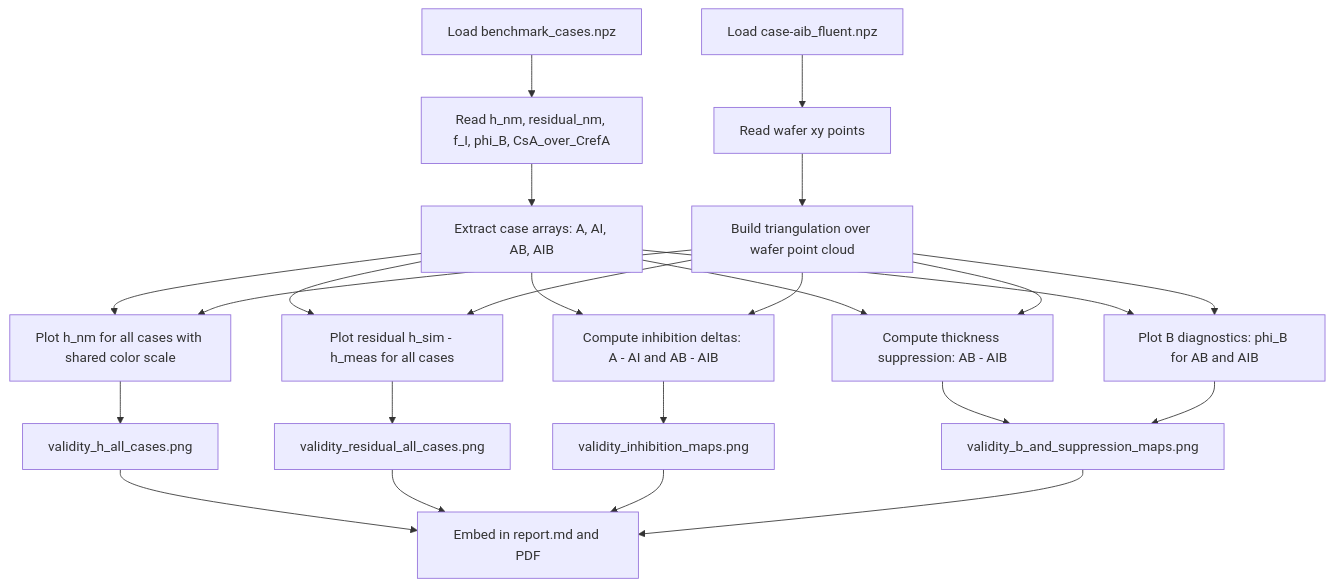
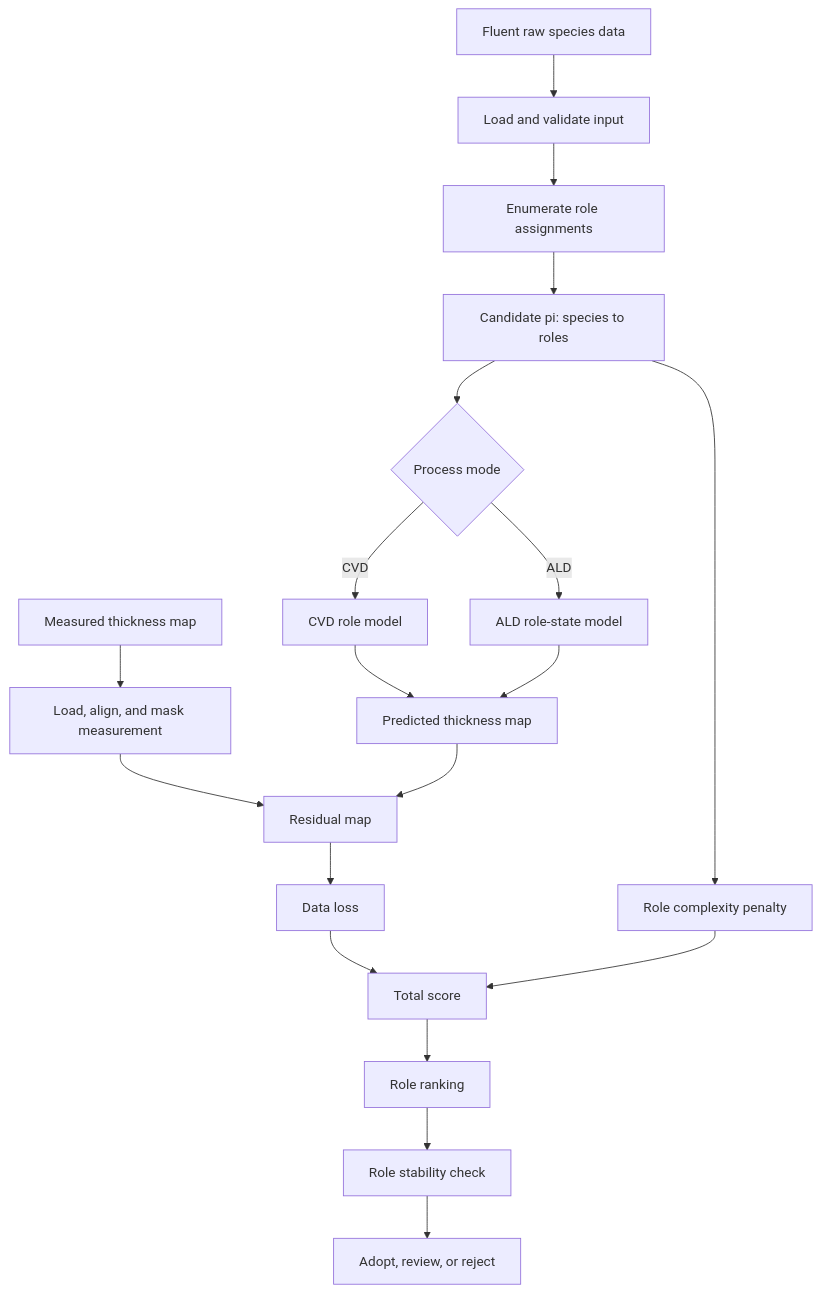
One commit to dkawa2523/cvd_ald changed the diagram in report.md. Above: the diagram before and after it, drawn with Mermaid. The commit also changed other lines of this file and 8 other files, not shown here.

````diff
--- a/report.md
+++ b/report.md
@@ -411,26 +345,21 @@
 ```mermaid
 flowchart TD
-    A[Load benchmark_cases.npz] --> B[Read h_nm, residual_nm, f_I, phi_B, CsA_over_CrefA]
-    C[Load case-aib_fluent.npz] --> D[Read wafer xy points]
-    D --> E[Build triangulation over wafer point cloud]
-    B --> F[Extract case arrays: A, AI, AB, AIB]
-    F --> G[Plot h_nm for all cases with shared color scale]
-    F --> H[Plot residual h_sim - h_meas for all cases]
-    F --> I[Compute inhibition deltas: A - AI and AB - AIB]
-    F --> J[Compute thickness suppression: AB - AIB]
-    F --> K[Plot B diagnostics: phi_B for AB and AIB]
-    E --> G
-    E --> H
-    E --> I
-    E --> J
-    E --> K
-    G --> L[validity_h_all_cases.png]
-    H --> M[validity_residual_all_cases.png]
-    I --> N[validity_inhibition_maps.png]
-    J --> O[validity_b_and_suppression_maps.png]
-    K --> O
-    L --> P[Embed in report.md and PDF]
-    M --> P
-    N --> P
-    O --> P
+    F0[Fluent raw species data] --> F1[Load and validate input]
+    M0[Measured thickness map] --> M1[Load, align, and mask measurement]
+    F1 --> R0[Enumerate role assignments]
+    R0 --> R1[Candidate pi: species to roles]
+    R1 --> P0{Process mode}
+    P0 -->|CVD| C0[CVD role model]
+    P0 -->|ALD| A0[ALD role-state model]
+    C0 --> H0[Predicted thickness map]
+    A0 --> H0
+    M1 --> E0[Residual map]
+    H0 --> E0
+    E0 --> S0[Data loss]
+    R1 --> S1[Role complexity penalty]
+    S0 --> S2[Total score]
+    S1 --> S2
+    S2 --> T0[Role ranking]
+    T0 --> T1[Role stability check]
+    T1 --> T2[Adopt, review, or reject]
 ```
````
